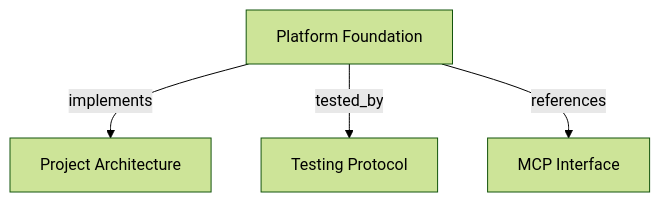
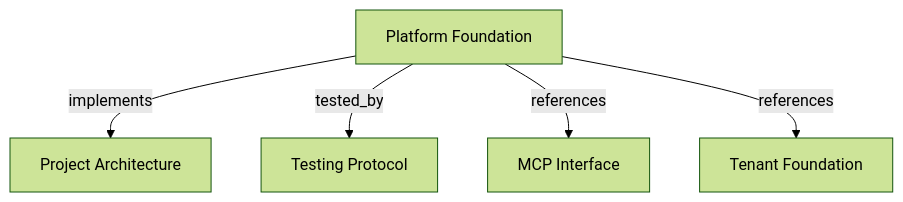
One commit to romabeckman/harness-memory changed the diagram in docs/feature/core/platform-foundation.md. Above: the diagram before and after it, drawn with Mermaid (forest theme). The commit also changed other lines of this file and 6 other files, not shown here.

First line of the commit message:
docs(sdk): document snapshot publisher sdk and tenant foundation

````diff
--- a/docs/feature/core/platform-foundation.md
+++ b/docs/feature/core/platform-foundation.md
@@ -131,9 +133,11 @@
 ```mermaid
 graph TD
     THIS["Platform Foundation"] -->|implements| ARCH["Project Architecture"]
     THIS -->|tested_by| TESTS["Testing Protocol"]
     THIS -->|references| MCP["MCP Interface"]
+    THIS -->|references| TF["Tenant Foundation"]
     click ARCH "../../adr/ARCHITECTURE.md"
     click TESTS "../../adr/TESTS.md"
     click MCP "../../adr/MCP.md"
+    click TF "./tenant-foundation.md"
 ```
````
